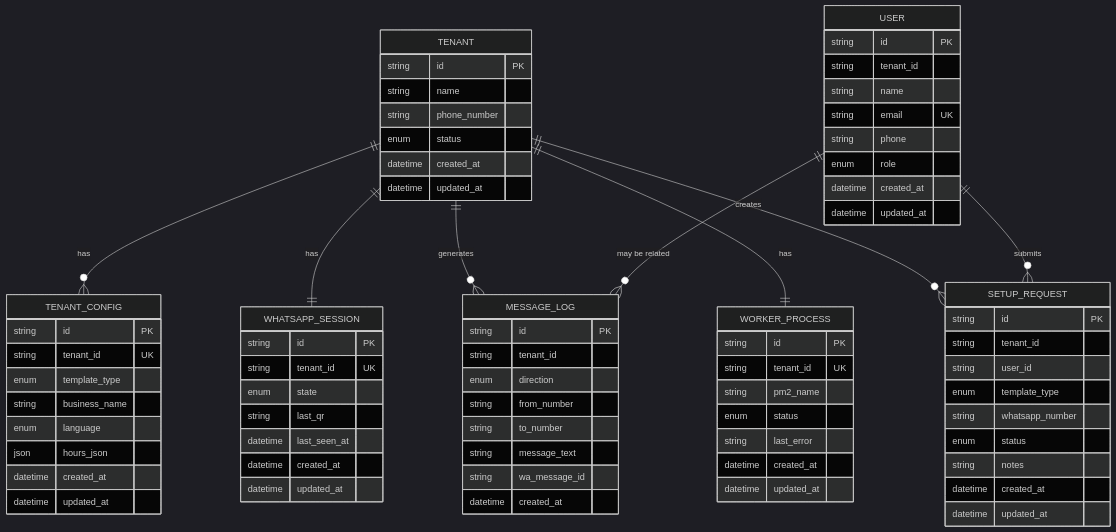
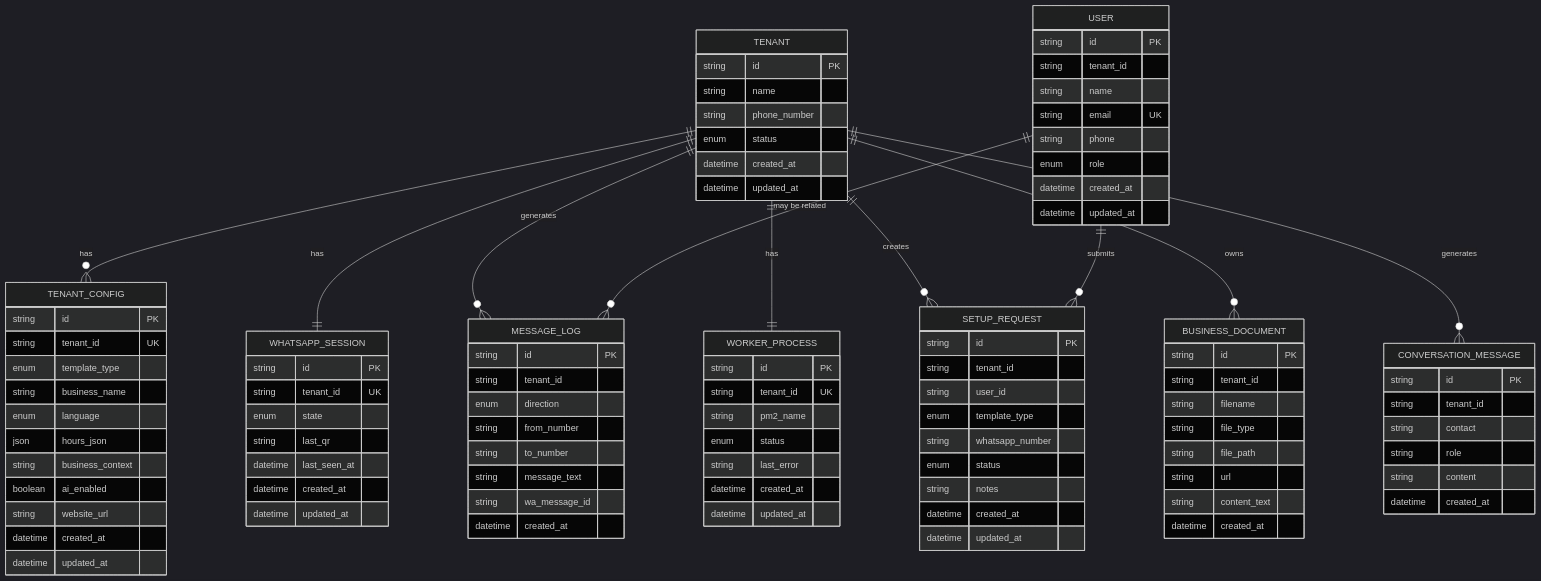
One commit to askchiwa-spec/FLOW-HQ-BOT changed diagram 11 of 11 in .qoder/repowiki/en/content/Control Plane API/Control Plane API.md. Above: the diagram before and after it, drawn with Mermaid (dark theme). The commit also changed other lines of this file and 27 other files, not shown here.

````diff
--- a/.qoder/repowiki/en/content/Control Plane API/Control Plane API.md
+++ b/.qoder/repowiki/en/content/Control Plane API/Control Plane API.md
@@ -433,6 +555,9 @@
 string business_name
 enum language
 json hours_json
+string business_context
+boolean ai_enabled
+string website_url
 datetime created_at
 datetime updated_at
 }
@@ -485,11 +610,31 @@
 datetime created_at
 datetime updated_at
 }
+BUSINESS_DOCUMENT {
+string id PK
+string tenant_id
+string filename
+string file_type
+string file_path
+string url
+string content_text
+datetime created_at
+}
+CONVERSATION_MESSAGE {
+string id PK
+string tenant_id
+string contact
+string role
+string content
+datetime created_at
+}
 TENANT ||--o{ TENANT_CONFIG : "has"
 TENANT ||--|| WHATSAPP_SESSION : "has"
 TENANT ||--o{ MESSAGE_LOG : "generates"
 TENANT ||--|| WORKER_PROCESS : "has"
 TENANT ||--o{ SETUP_REQUEST : "creates"
+TENANT ||--o{ BUSINESS_DOCUMENT : "owns"
 USER ||--o{ SETUP_REQUEST : "submits"
 USER ||--o{ MESSAGE_LOG : "may be related"
+TENANT ||--o{ CONVERSATION_MESSAGE : "generates"
 ```
````
